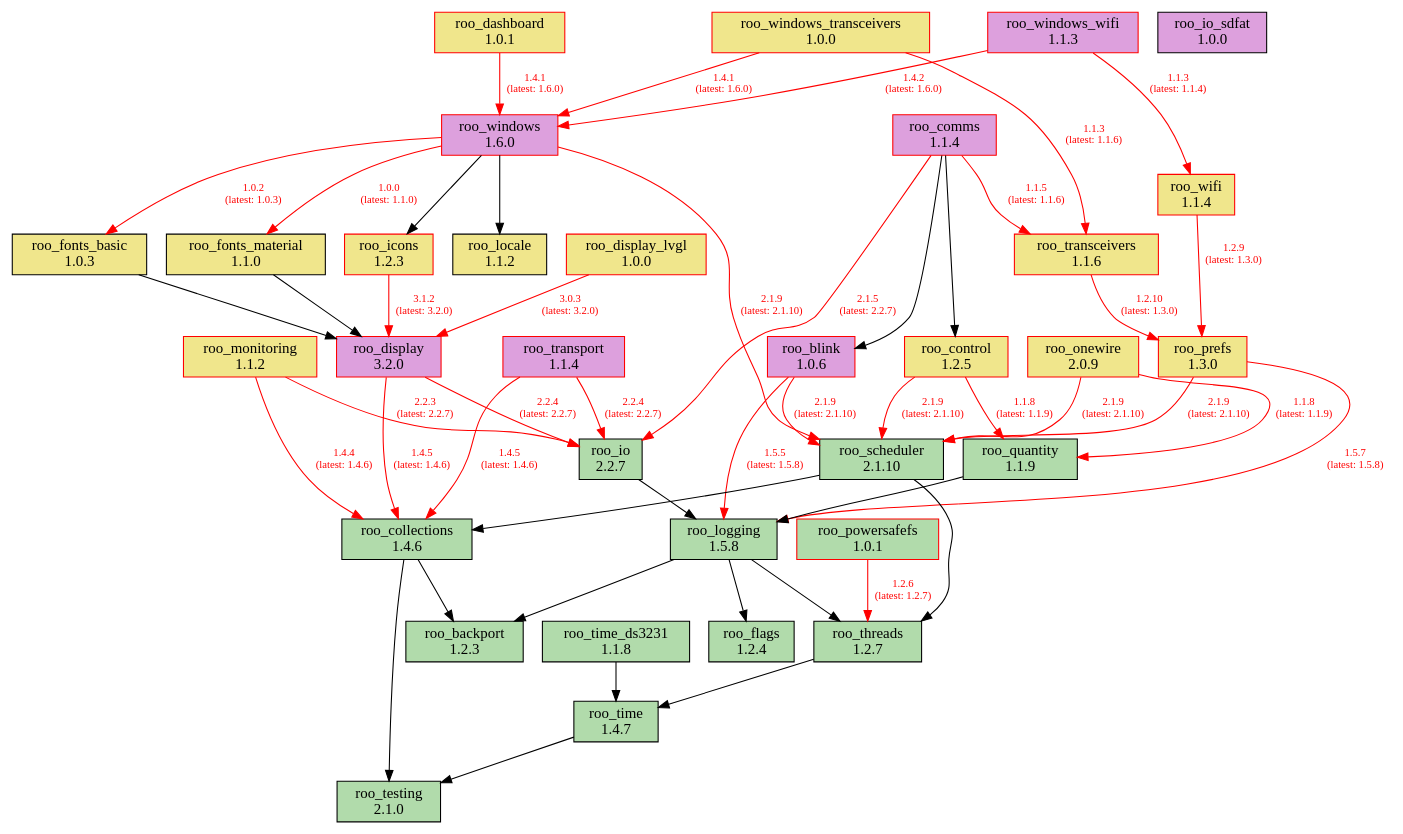
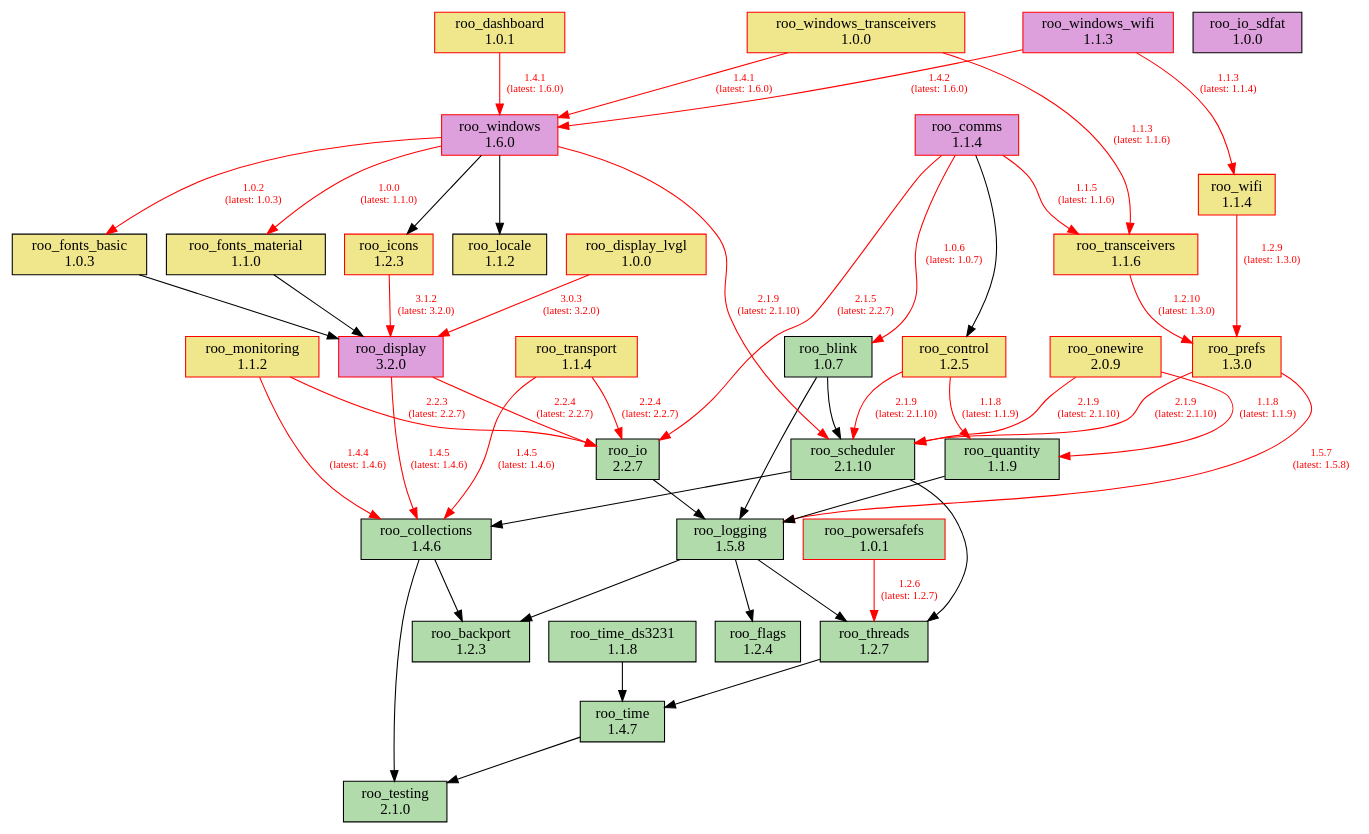
Before and after one commit to dejwk/roo-registry: the diagram in doc/dependencies.dot, drawn with Graphviz. The commit also changed 3 other files, not shown here.

Commit message:
Added roo_blink 1.0.7 to the registry.

```diff
--- a/doc/dependencies.dot
+++ b/doc/dependencies.dot
@@ -1,88 +1,88 @@
 digraph dependencies {
     rankdir=TB;
     node [shape=box, style=filled];
     edge [fontsize=10];
 
     // Modules
     "roo_backport" [label="roo_backport\n1.2.3", fillcolor="#b1dbab", color="black"];
-    "roo_blink" [label="roo_blink\n1.0.6", fillcolor="plum", color="red"];
+    "roo_blink" [label="roo_blink\n1.0.7", fillcolor="#b1dbab", color="black"];
     "roo_collections" [label="roo_collections\n1.4.6", fillcolor="#b1dbab", color="black"];
     "roo_comms" [label="roo_comms\n1.1.4", fillcolor="plum", color="red"];
     "roo_control" [label="roo_control\n1.2.5", fillcolor="khaki", color="red"];
     "roo_dashboard" [label="roo_dashboard\n1.0.1", fillcolor="khaki", color="red"];
     "roo_display" [label="roo_display\n3.2.0", fillcolor="plum", color="red"];
     "roo_display_lvgl" [label="roo_display_lvgl\n1.0.0", fillcolor="khaki", color="red"];
     "roo_flags" [label="roo_flags\n1.2.4", fillcolor="#b1dbab", color="black"];
     "roo_fonts_basic" [label="roo_fonts_basic\n1.0.3", fillcolor="khaki", color="black"];
     "roo_fonts_material" [label="roo_fonts_material\n1.1.0", fillcolor="khaki", color="black"];
     "roo_icons" [label="roo_icons\n1.2.3", fillcolor="khaki", color="red"];
     "roo_io" [label="roo_io\n2.2.7", fillcolor="#b1dbab", color="black"];
     "roo_io_sdfat" [label="roo_io_sdfat\n1.0.0", fillcolor="plum", color="black"];
     "roo_locale" [label="roo_locale\n1.1.2", fillcolor="khaki", color="black"];
     "roo_logging" [label="roo_logging\n1.5.8", fillcolor="#b1dbab", color="black"];
     "roo_monitoring" [label="roo_monitoring\n1.1.2", fillcolor="khaki", color="red"];
     "roo_onewire" [label="roo_onewire\n2.0.9", fillcolor="khaki", color="red"];
     "roo_powersafefs" [label="roo_powersafefs\n1.0.1", fillcolor="#b1dbab", color="red"];
     "roo_prefs" [label="roo_prefs\n1.3.0", fillcolor="khaki", color="red"];
     "roo_quantity" [label="roo_quantity\n1.1.9", fillcolor="#b1dbab", color="black"];
     "roo_scheduler" [label="roo_scheduler\n2.1.10", fillcolor="#b1dbab", color="black"];
     "roo_testing" [label="roo_testing\n2.1.0", fillcolor="#b1dbab", color="black"];
     "roo_threads" [label="roo_threads\n1.2.7", fillcolor="#b1dbab", color="black"];
     "roo_time" [label="roo_time\n1.4.7", fillcolor="#b1dbab", color="black"];
     "roo_time_ds3231" [label="roo_time_ds3231\n1.1.8", fillcolor="#b1dbab", color="black"];
     "roo_transceivers" [label="roo_transceivers\n1.1.6", fillcolor="khaki", color="red"];
-    "roo_transport" [label="roo_transport\n1.1.4", fillcolor="plum", color="red"];
+    "roo_transport" [label="roo_transport\n1.1.4", fillcolor="khaki", color="red"];
     "roo_wifi" [label="roo_wifi\n1.1.4", fillcolor="khaki", color="red"];
     "roo_windows" [label="roo_windows\n1.6.0", fillcolor="plum", color="red"];
     "roo_windows_transceivers" [label="roo_windows_transceivers\n1.0.0", fillcolor="khaki", color="red"];
     "roo_windows_wifi" [label="roo_windows_wifi\n1.1.3", fillcolor="plum", color="red"];
 
     // Dependencies
-    "roo_blink" -> "roo_logging" [color=red, fontcolor=red, label="1.5.5\n(latest: 1.5.8)"];
-    "roo_blink" -> "roo_scheduler" [color=red, fontcolor=red, label="2.1.9\n(latest: 2.1.10)"];
+    "roo_blink" -> "roo_logging";
+    "roo_blink" -> "roo_scheduler";
     "roo_collections" -> "roo_testing";
     "roo_collections" -> "roo_backport";
-    "roo_comms" -> "roo_blink";
+    "roo_comms" -> "roo_blink" [color=red, fontcolor=red, label="1.0.6\n(latest: 1.0.7)"];
     "roo_comms" -> "roo_control";
     "roo_comms" -> "roo_io" [color=red, fontcolor=red, label="2.1.5\n(latest: 2.2.7)"];
     "roo_comms" -> "roo_transceivers" [color=red, fontcolor=red, label="1.1.5\n(latest: 1.1.6)"];
     "roo_control" -> "roo_quantity" [color=red, fontcolor=red, label="1.1.8\n(latest: 1.1.9)"];
     "roo_control" -> "roo_scheduler" [color=red, fontcolor=red, label="2.1.9\n(latest: 2.1.10)"];
     "roo_dashboard" -> "roo_windows" [color=red, fontcolor=red, label="1.4.1\n(latest: 1.6.0)"];
     "roo_display" -> "roo_collections" [color=red, fontcolor=red, label="1.4.5\n(latest: 1.4.6)"];
     "roo_display" -> "roo_io" [color=red, fontcolor=red, label="2.2.4\n(latest: 2.2.7)"];
     "roo_display_lvgl" -> "roo_display" [color=red, fontcolor=red, label="3.0.3\n(latest: 3.2.0)"];
     "roo_fonts_basic" -> "roo_display";
     "roo_fonts_material" -> "roo_display";
     "roo_icons" -> "roo_display" [color=red, fontcolor=red, label="3.1.2\n(latest: 3.2.0)"];
     "roo_io" -> "roo_logging";
     "roo_logging" -> "roo_backport";
     "roo_logging" -> "roo_flags";
     "roo_logging" -> "roo_threads";
     "roo_monitoring" -> "roo_collections" [color=red, fontcolor=red, label="1.4.4\n(latest: 1.4.6)"];
     "roo_monitoring" -> "roo_io" [color=red, fontcolor=red, label="2.2.3\n(latest: 2.2.7)"];
     "roo_onewire" -> "roo_scheduler" [color=red, fontcolor=red, label="2.1.9\n(latest: 2.1.10)"];
     "roo_onewire" -> "roo_quantity" [color=red, fontcolor=red, label="1.1.8\n(latest: 1.1.9)"];
     "roo_powersafefs" -> "roo_threads" [color=red, fontcolor=red, label="1.2.6\n(latest: 1.2.7)"];
     "roo_prefs" -> "roo_logging" [color=red, fontcolor=red, label="1.5.7\n(latest: 1.5.8)"];
     "roo_prefs" -> "roo_scheduler" [color=red, fontcolor=red, label="2.1.9\n(latest: 2.1.10)"];
     "roo_quantity" -> "roo_logging";
     "roo_scheduler" -> "roo_collections";
     "roo_scheduler" -> "roo_threads";
     "roo_threads" -> "roo_time";
     "roo_time" -> "roo_testing";
     "roo_time_ds3231" -> "roo_time";
     "roo_transceivers" -> "roo_prefs" [color=red, fontcolor=red, label="1.2.10\n(latest: 1.3.0)"];
     "roo_transport" -> "roo_collections" [color=red, fontcolor=red, label="1.4.5\n(latest: 1.4.6)"];
     "roo_transport" -> "roo_io" [color=red, fontcolor=red, label="2.2.4\n(latest: 2.2.7)"];
     "roo_wifi" -> "roo_prefs" [color=red, fontcolor=red, label="1.2.9\n(latest: 1.3.0)"];
     "roo_windows" -> "roo_fonts_basic" [color=red, fontcolor=red, label="1.0.2\n(latest: 1.0.3)"];
     "roo_windows" -> "roo_fonts_material" [color=red, fontcolor=red, label="1.0.0\n(latest: 1.1.0)"];
     "roo_windows" -> "roo_locale";
     "roo_windows" -> "roo_icons";
     "roo_windows" -> "roo_scheduler" [color=red, fontcolor=red, label="2.1.9\n(latest: 2.1.10)"];
     "roo_windows_transceivers" -> "roo_transceivers" [color=red, fontcolor=red, label="1.1.3\n(latest: 1.1.6)"];
     "roo_windows_transceivers" -> "roo_windows" [color=red, fontcolor=red, label="1.4.1\n(latest: 1.6.0)"];
     "roo_windows_wifi" -> "roo_wifi" [color=red, fontcolor=red, label="1.1.3\n(latest: 1.1.4)"];
     "roo_windows_wifi" -> "roo_windows" [color=red, fontcolor=red, label="1.4.2\n(latest: 1.6.0)"];
 }
```
